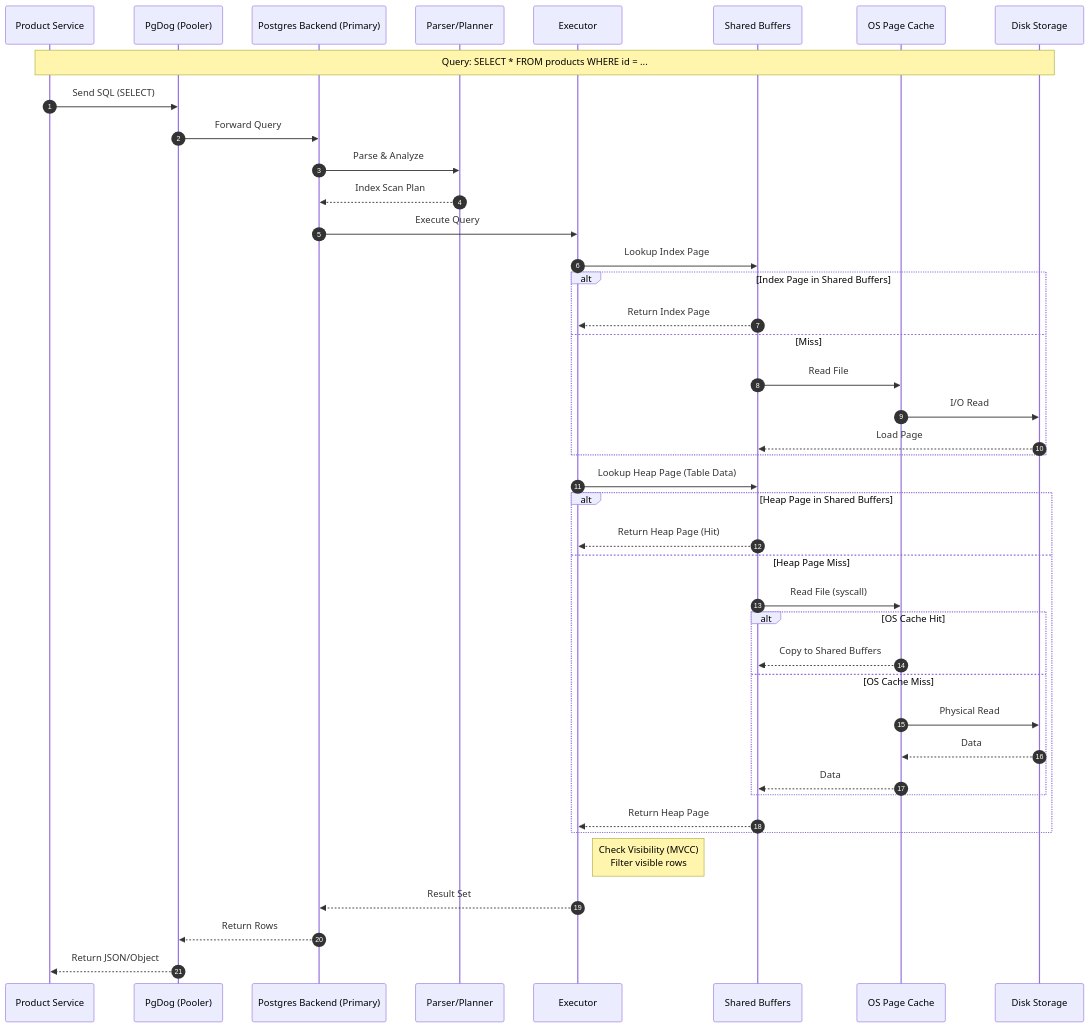
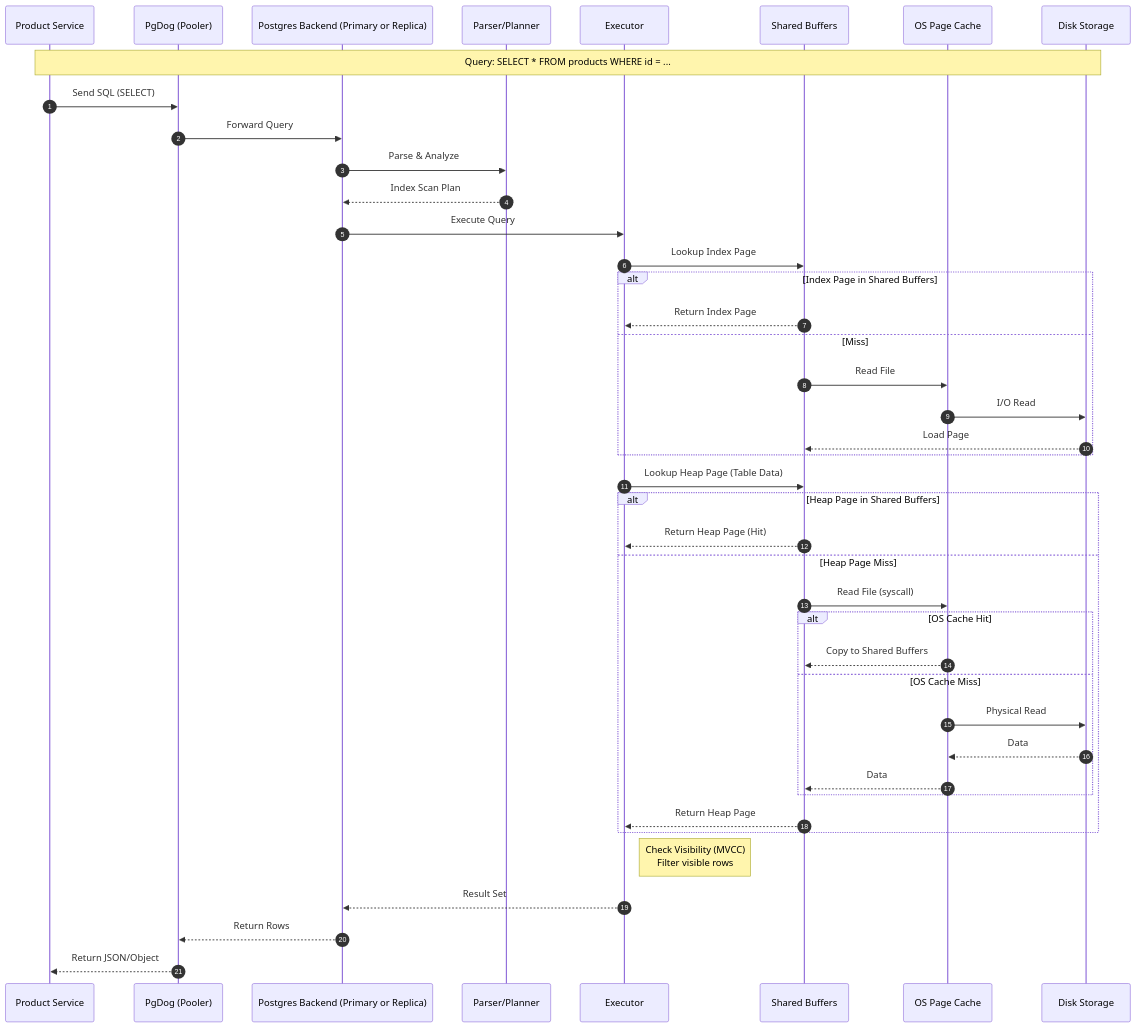
Before and after one commit to duynhlab/homelab: the second of 4 diagrams in docs/databases/007-architecture.md, drawn with Mermaid. The commit also changed other lines of this file and 243 other files, not shown here.

````diff
--- a/docs/databases/007-architecture.md
+++ b/docs/databases/007-architecture.md
@@ -59,53 +59,53 @@
 ```mermaid
 sequenceDiagram
     autonumber
     participant App as Product Service
     participant PgDog as PgDog (Pooler)
-    participant Backend as Postgres Backend (Primary)
+    participant Backend as Postgres Backend (Primary or Replica)
     participant Parser as Parser/Planner
     participant Executor as Executor
     participant Buffer as Shared Buffers
     participant OS as OS Page Cache
     participant Disk as Disk Storage
 
     Note over App, Disk: Query: SELECT * FROM products WHERE id = ...
 
     App->>PgDog: Send SQL (SELECT)
     PgDog->>Backend: Forward Query
     
     Backend->>Parser: Parse & Analyze
     Parser-->>Backend: Index Scan Plan
     
     Backend->>Executor: Execute Query
     
     Executor->>Buffer: Lookup Index Page
     alt Index Page in Shared Buffers
         Buffer-->>Executor: Return Index Page
     else Miss
         Buffer->>OS: Read File
         OS->>Disk: I/O Read
         Disk-->>Buffer: Load Page
     end
     
     Executor->>Buffer: Lookup Heap Page (Table Data)
     
     alt Heap Page in Shared Buffers
         Buffer-->>Executor: Return Heap Page (Hit)
     else Heap Page Miss
         Buffer->>OS: Read File (syscall)
         alt OS Cache Hit
             OS-->>Buffer: Copy to Shared Buffers
         else OS Cache Miss
             OS->>Disk: Physical Read
             Disk-->>OS: Data
             OS-->>Buffer: Data
         end
         Buffer-->>Executor: Return Heap Page
     end
     
     Note right of Executor: Check Visibility (MVCC)<br/>Filter visible rows
     
     Executor-->>Backend: Result Set
     Backend-->>PgDog: Return Rows
     PgDog-->>App: Return JSON/Object
 ```
````
